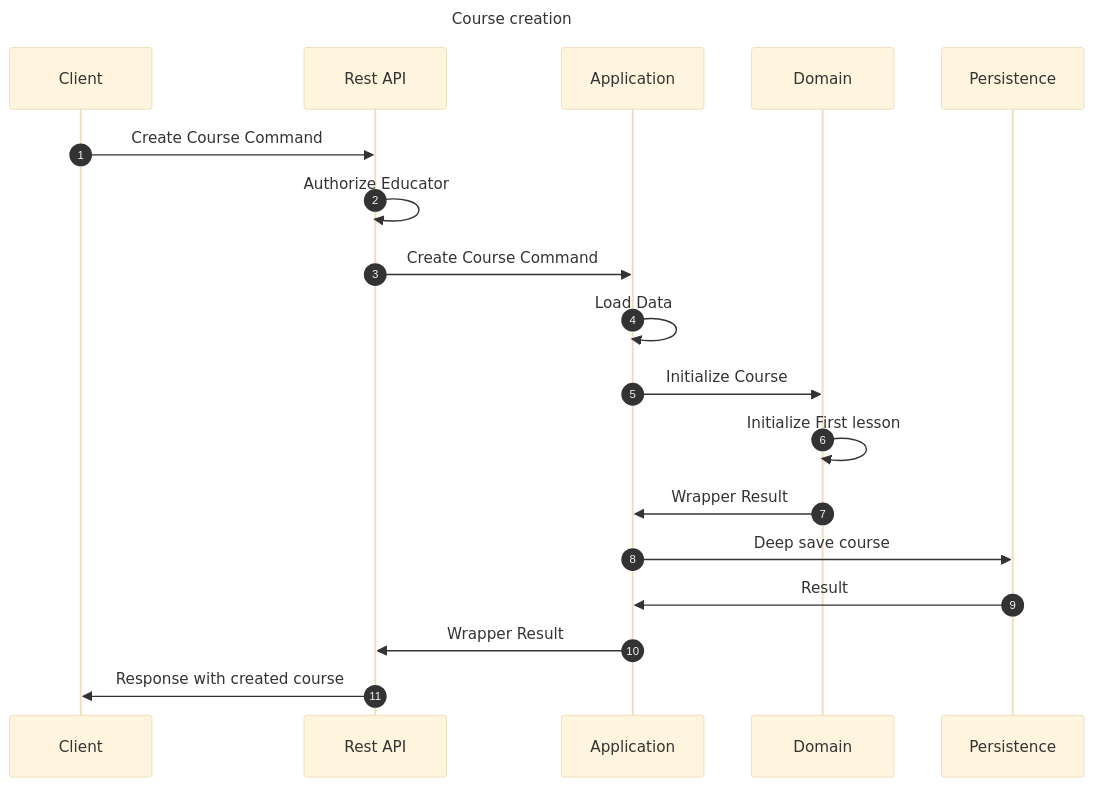
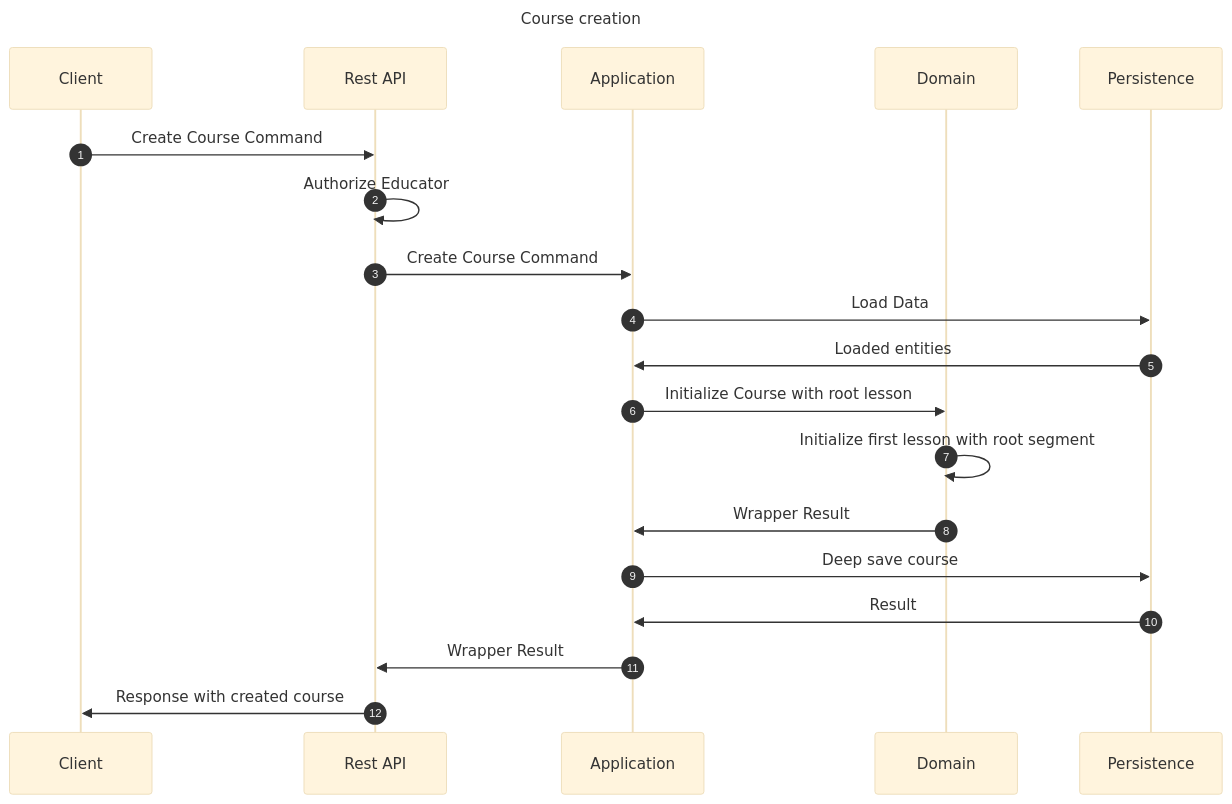
The diagram in docs/edutie/flows/management/CreateCourse.md (EdutieProject/edutie-backend), drawn with Mermaid (base theme) before and after one commit. The commit also changed other lines of this file, not shown here.

Commit message:
Minor course creation doc improvements

````diff
--- a/docs/edutie/flows/management/CreateCourse.md
+++ b/docs/edutie/flows/management/CreateCourse.md
@@ -7,24 +7,25 @@
 ```mermaid
 ---
 title: Course creation
 ---
 sequenceDiagram
     participant Client
     participant Rest API
     participant Application
     participant Domain
     participant Persistence
     autonumber
     
     Client->>Rest API: Create Course Command
     Rest API->>Rest API: Authorize Educator
     Rest API->>Application: Create Course Command
-    Application->>Application: Load Data
-    Application->>Domain: Initialize Course
-    Domain->>Domain: Initialize First lesson
+    Application->>Persistence: Load Data
+    Persistence->>Application: Loaded entities
+    Application->>Domain: Initialize Course with root lesson
+    Domain->>Domain: Initialize first lesson with root segment
     Domain->>Application: Wrapper Result
     Application->>Persistence: Deep save course
     Persistence->>Application: Result
     Application->>Rest API: Wrapper Result
     Rest API->>Client: Response with created course
 ```
````
